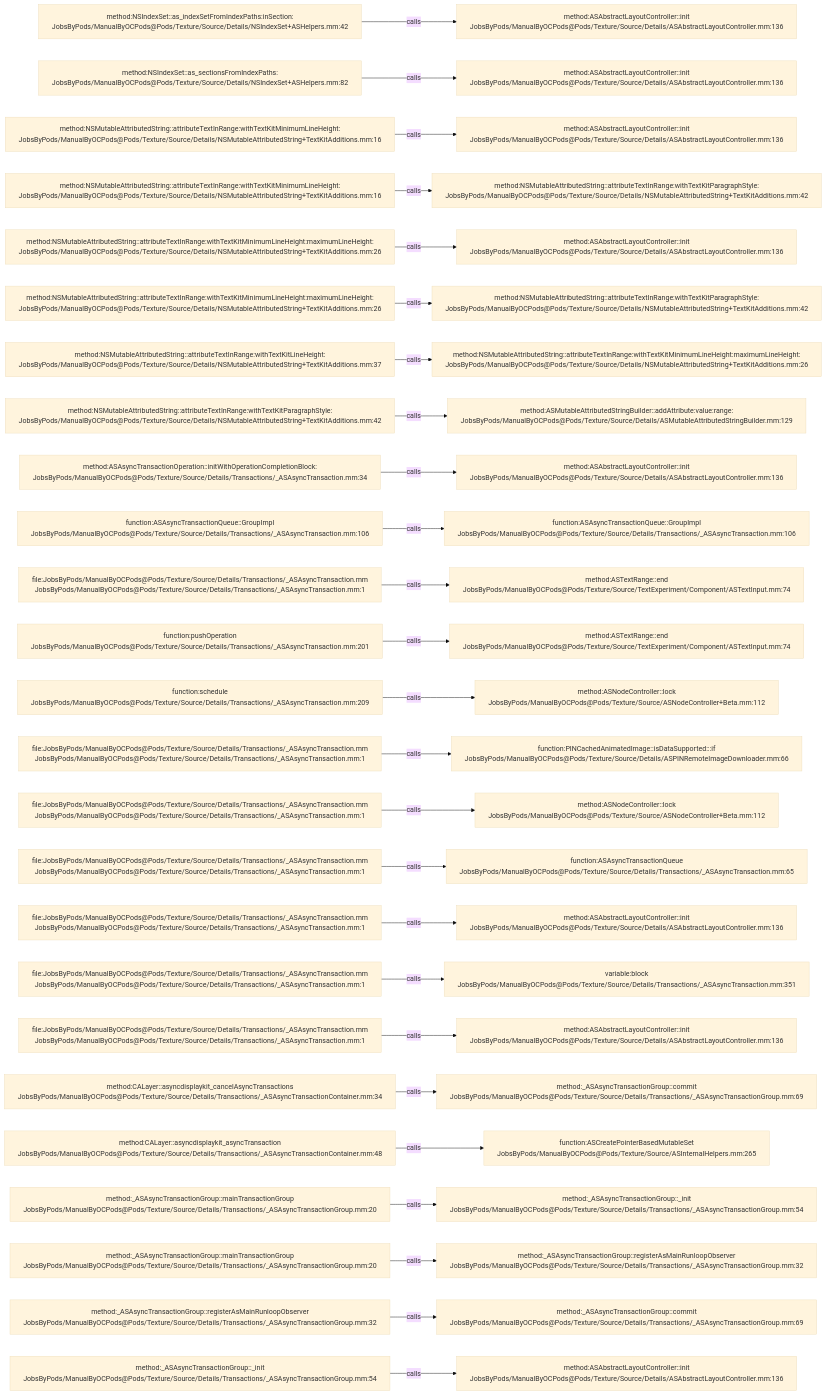
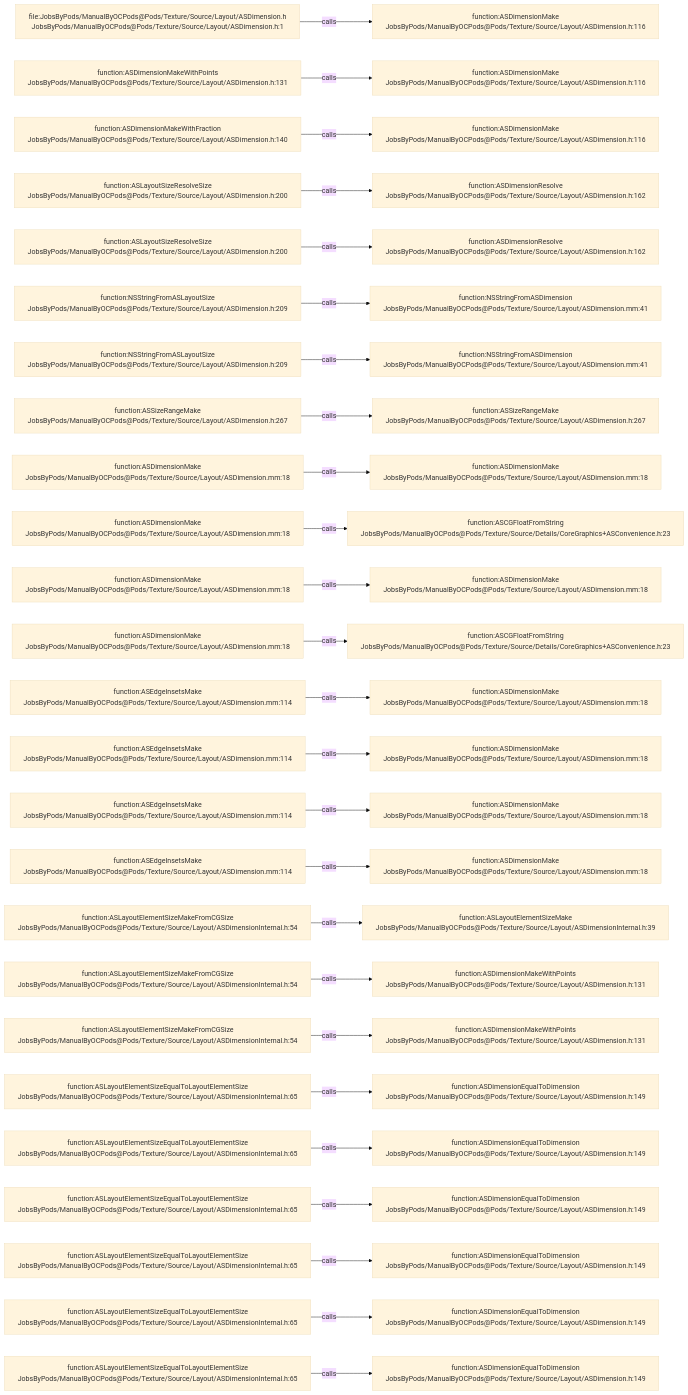
One commit to JobsKits/JobsOCBaseConfigDemo changed the diagram in .codegraph/codegraph.md/graphs/calls-160.md. Above: the diagram before and after it, drawn with Mermaid (base theme). The commit also changed 2723 other files, not shown here.

````diff
--- a/.codegraph/codegraph.md/graphs/calls-160.md
+++ b/.codegraph/codegraph.md/graphs/calls-160.md
@@ -13,78 +13,78 @@
 ```mermaid
 flowchart LR
-  S1["method:NSIndexSet::as_indexSetFromIndexPaths:inSection:<br/>JobsByPods/ManualByOCPods@Pods/Texture/Source/Details/NSIndexSet+ASHelpers.mm:42"]
-  T1["method:ASAbstractLayoutController::init<br/>JobsByPods/ManualByOCPods@Pods/Texture/Source/Details/ASAbstractLayoutController.mm:136"]
+  S1["file:JobsByPods/ManualByOCPods@Pods/Texture/Source/Layout/ASDimension.h<br/>JobsByPods/ManualByOCPods@Pods/Texture/Source/Layout/ASDimension.h:1"]
+  T1["function:ASDimensionMake<br/>JobsByPods/ManualByOCPods@Pods/Texture/Source/Layout/ASDimension.h:116"]
   S1 -->|calls| T1
-  S2["method:NSIndexSet::as_sectionsFromIndexPaths:<br/>JobsByPods/ManualByOCPods@Pods/Texture/Source/Details/NSIndexSet+ASHelpers.mm:82"]
-  T2["method:ASAbstractLayoutController::init<br/>JobsByPods/ManualByOCPods@Pods/Texture/Source/Details/ASAbstractLayoutController.mm:136"]
+  S2["function:ASDimensionMakeWithPoints<br/>JobsByPods/ManualByOCPods@Pods/Texture/Source/Layout/ASDimension.h:131"]
+  T2["function:ASDimensionMake<br/>JobsByPods/ManualByOCPods@Pods/Texture/Source/Layout/ASDimension.h:116"]
   S2 -->|calls| T2
-  S3["method:NSMutableAttributedString::attributeTextInRange:withTextKitMinimumLineHeight:<br/>JobsByPods/ManualByOCPods@Pods/Texture/Source/Details/NSMutableAttributedString+TextKitAdditions.mm:16"]
-  T3["method:ASAbstractLayoutController::init<br/>JobsByPods/ManualByOCPods@Pods/Texture/Source/Details/ASAbstractLayoutController.mm:136"]
+  S3["function:ASDimensionMakeWithFraction<br/>JobsByPods/ManualByOCPods@Pods/Texture/Source/Layout/ASDimension.h:140"]
+  T3["function:ASDimensionMake<br/>JobsByPods/ManualByOCPods@Pods/Texture/Source/Layout/ASDimension.h:116"]
   S3 -->|calls| T3
-  S4["method:NSMutableAttributedString::attributeTextInRange:withTextKitMinimumLineHeight:<br/>JobsByPods/ManualByOCPods@Pods/Texture/Source/Details/NSMutableAttributedString+TextKitAdditions.mm:16"]
-  T4["method:NSMutableAttributedString::attributeTextInRange:withTextKitParagraphStyle:<br/>JobsByPods/ManualByOCPods@Pods/Texture/Source/Details/NSMutableAttributedString+TextKitAdditions.mm:42"]
+  S4["function:ASLayoutSizeResolveSize<br/>JobsByPods/ManualByOCPods@Pods/Texture/Source/Layout/ASDimension.h:200"]
+  T4["function:ASDimensionResolve<br/>JobsByPods/ManualByOCPods@Pods/Texture/Source/Layout/ASDimension.h:162"]
   S4 -->|calls| T4
-  S5["method:NSMutableAttributedString::attributeTextInRange:withTextKitMinimumLineHeight:maximumLineHeight:<br/>JobsByPods/ManualByOCPods@Pods/Texture/Source/Details/NSMutableAttributedString+TextKitAdditions.mm:26"]
-  T5["method:ASAbstractLayoutController::init<br/>JobsByPods/ManualByOCPods@Pods/Texture/Source/Details/ASAbstractLayoutController.mm:136"]
+  S5["function:ASLayoutSizeResolveSize<br/>JobsByPods/ManualByOCPods@Pods/Texture/Source/Layout/ASDimension.h:200"]
+  T5["function:ASDimensionResolve<br/>JobsByPods/ManualByOCPods@Pods/Texture/Source/Layout/ASDimension.h:162"]
   S5 -->|calls| T5
-  S6["method:NSMutableAttributedString::attributeTextInRange:withTextKitMinimumLineHeight:maximumLineHeight:<br/>JobsByPods/ManualByOCPods@Pods/Texture/Source/Details/NSMutableAttributedString+TextKitAdditions.mm:26"]
-  T6["method:NSMutableAttributedString::attributeTextInRange:withTextKitParagraphStyle:<br/>JobsByPods/ManualByOCPods@Pods/Texture/Source/Details/NSMutableAttributedString+TextKitAdditions.mm:42"]
+  S6["function:NSStringFromASLayoutSize<br/>JobsByPods/ManualByOCPods@Pods/Texture/Source/Layout/ASDimension.h:209"]
+  T6["function:NSStringFromASDimension<br/>JobsByPods/ManualByOCPods@Pods/Texture/Source/Layout/ASDimension.mm:41"]
   S6 -->|calls| T6
-  S7["method:NSMutableAttributedString::attributeTextInRange:withTextKitLineHeight:<br/>JobsByPods/ManualByOCPods@Pods/Texture/Source/Details/NSMutableAttributedString+TextKitAdditions.mm:37"]
-  T7["method:NSMutableAttributedString::attributeTextInRange:withTextKitMinimumLineHeight:maximumLineHeight:<br/>JobsByPods/ManualByOCPods@Pods/Texture/Source/Details/NSMutableAttributedString+TextKitAdditions.mm:26"]
+  S7["function:NSStringFromASLayoutSize<br/>JobsByPods/ManualByOCPods@Pods/Texture/Source/Layout/ASDimension.h:209"]
+  T7["function:NSStringFromASDimension<br/>JobsByPods/ManualByOCPods@Pods/Texture/Source/Layout/ASDimension.mm:41"]
   S7 -->|calls| T7
-  S8["method:NSMutableAttributedString::attributeTextInRange:withTextKitParagraphStyle:<br/>JobsByPods/ManualByOCPods@Pods/Texture/Source/Details/NSMutableAttributedString+TextKitAdditions.mm:42"]
-  T8["method:ASMutableAttributedStringBuilder::addAttribute:value:range:<br/>JobsByPods/ManualByOCPods@Pods/Texture/Source/Details/ASMutableAttributedStringBuilder.mm:129"]
+  S8["function:ASSizeRangeMake<br/>JobsByPods/ManualByOCPods@Pods/Texture/Source/Layout/ASDimension.h:267"]
+  T8["function:ASSizeRangeMake<br/>JobsByPods/ManualByOCPods@Pods/Texture/Source/Layout/ASDimension.h:267"]
   S8 -->|calls| T8
-  S9["method:ASAsyncTransactionOperation::initWithOperationCompletionBlock:<br/>JobsByPods/ManualByOCPods@Pods/Texture/Source/Details/Transactions/_ASAsyncTransaction.mm:34"]
-  T9["method:ASAbstractLayoutController::init<br/>JobsByPods/ManualByOCPods@Pods/Texture/Source/Details/ASAbstractLayoutController.mm:136"]
+  S9["function:ASDimensionMake<br/>JobsByPods/ManualByOCPods@Pods/Texture/Source/Layout/ASDimension.mm:18"]
+  T9["function:ASDimensionMake<br/>JobsByPods/ManualByOCPods@Pods/Texture/Source/Layout/ASDimension.mm:18"]
   S9 -->|calls| T9
-  S10["function:ASAsyncTransactionQueue::GroupImpl<br/>JobsByPods/ManualByOCPods@Pods/Texture/Source/Details/Transactions/_ASAsyncTransaction.mm:106"]
-  T10["function:ASAsyncTransactionQueue::GroupImpl<br/>JobsByPods/ManualByOCPods@Pods/Texture/Source/Details/Transactions/_ASAsyncTransaction.mm:106"]
+  S10["function:ASDimensionMake<br/>JobsByPods/ManualByOCPods@Pods/Texture/Source/Layout/ASDimension.mm:18"]
+  T10["function:ASCGFloatFromString<br/>JobsByPods/ManualByOCPods@Pods/Texture/Source/Details/CoreGraphics+ASConvenience.h:23"]
   S10 -->|calls| T10
-  S11["file:JobsByPods/ManualByOCPods@Pods/Texture/Source/Details/Transactions/_ASAsyncTransaction.mm<br/>JobsByPods/ManualByOCPods@Pods/Texture/Source/Details/Transactions/_ASAsyncTransaction.mm:1"]
-  T11["method:ASTextRange::end<br/>JobsByPods/ManualByOCPods@Pods/Texture/Source/TextExperiment/Component/ASTextInput.mm:74"]
+  S11["function:ASDimensionMake<br/>JobsByPods/ManualByOCPods@Pods/Texture/Source/Layout/ASDimension.mm:18"]
+  T11["function:ASDimensionMake<br/>JobsByPods/ManualByOCPods@Pods/Texture/Source/Layout/ASDimension.mm:18"]
   S11 -->|calls| T11
-  S12["function:pushOperation<br/>JobsByPods/ManualByOCPods@Pods/Texture/Source/Details/Transactions/_ASAsyncTransaction.mm:201"]
-  T12["method:ASTextRange::end<br/>JobsByPods/ManualByOCPods@Pods/Texture/Source/TextExperiment/Component/ASTextInput.mm:74"]
+  S12["function:ASDimensionMake<br/>JobsByPods/ManualByOCPods@Pods/Texture/Source/Layout/ASDimension.mm:18"]
+  T12["function:ASCGFloatFromString<br/>JobsByPods/ManualByOCPods@Pods/Texture/Source/Details/CoreGraphics+ASConvenience.h:23"]
   S12 -->|calls| T12
-  S13["function:schedule<br/>JobsByPods/ManualByOCPods@Pods/Texture/Source/Details/Transactions/_ASAsyncTransaction.mm:209"]
-  T13["method:ASNodeController::lock<br/>JobsByPods/ManualByOCPods@Pods/Texture/Source/ASNodeController+Beta.mm:112"]
+  S13["function:ASEdgeInsetsMake<br/>JobsByPods/ManualByOCPods@Pods/Texture/Source/Layout/ASDimension.mm:114"]
+  T13["function:ASDimensionMake<br/>JobsByPods/ManualByOCPods@Pods/Texture/Source/Layout/ASDimension.mm:18"]
   S13 -->|calls| T13
-  S14["file:JobsByPods/ManualByOCPods@Pods/Texture/Source/Details/Transactions/_ASAsyncTransaction.mm<br/>JobsByPods/ManualByOCPods@Pods/Texture/Source/Details/Transactions/_ASAsyncTransaction.mm:1"]
-  T14["function:PINCachedAnimatedImage::isDataSupported:::if<br/>JobsByPods/ManualByOCPods@Pods/Texture/Source/Details/ASPINRemoteImageDownloader.mm:66"]
+  S14["function:ASEdgeInsetsMake<br/>JobsByPods/ManualByOCPods@Pods/Texture/Source/Layout/ASDimension.mm:114"]
+  T14["function:ASDimensionMake<br/>JobsByPods/ManualByOCPods@Pods/Texture/Source/Layout/ASDimension.mm:18"]
   S14 -->|calls| T14
-  S15["file:JobsByPods/ManualByOCPods@Pods/Texture/Source/Details/Transactions/_ASAsyncTransaction.mm<br/>JobsByPods/ManualByOCPods@Pods/Texture/Source/Details/Transactions/_ASAsyncTransaction.mm:1"]
-  T15["method:ASNodeController::lock<br/>JobsByPods/ManualByOCPods@Pods/Texture/Source/ASNodeController+Beta.mm:112"]
+  S15["function:ASEdgeInsetsMake<br/>JobsByPods/ManualByOCPods@Pods/Texture/Source/Layout/ASDimension.mm:114"]
+  T15["function:ASDimensionMake<br/>JobsByPods/ManualByOCPods@Pods/Texture/Source/Layout/ASDimension.mm:18"]
   S15 -->|calls| T15
-  S16["file:JobsByPods/ManualByOCPods@Pods/Texture/Source/Details/Transactions/_ASAsyncTransaction.mm<br/>JobsByPods/ManualByOCPods@Pods/Texture/Source/Details/Transactions/_ASAsyncTransaction.mm:1"]
-  T16["function:ASAsyncTransactionQueue<br/>JobsByPods/ManualByOCPods@Pods/Texture/Source/Details/Transactions/_ASAsyncTransaction.mm:65"]
+  S16["function:ASEdgeInsetsMake<br/>JobsByPods/ManualByOCPods@Pods/Texture/Source/Layout/ASDimension.mm:114"]
+  T16["function:ASDimensionMake<br/>JobsByPods/ManualByOCPods@Pods/Texture/Source/Layout/ASDimension.mm:18"]
   S16 -->|calls| T16
-  S17["file:JobsByPods/ManualByOCPods@Pods/Texture/Source/Details/Transactions/_ASAsyncTransaction.mm<br/>JobsByPods/ManualByOCPods@Pods/Texture/Source/Details/Transactions/_ASAsyncTransaction.mm:1"]
-  T17["method:ASAbstractLayoutController::init<br/>JobsByPods/ManualByOCPods@Pods/Texture/Source/Details/ASAbstractLayoutController.mm:136"]
+  S17["function:ASLayoutElementSizeMakeFromCGSize<br/>JobsByPods/ManualByOCPods@Pods/Texture/Source/Layout/ASDimensionInternal.h:54"]
+  T17["function:ASLayoutElementSizeMake<br/>JobsByPods/ManualByOCPods@Pods/Texture/Source/Layout/ASDimensionInternal.h:39"]
   S17 -->|calls| T17
-  S18["file:JobsByPods/ManualByOCPods@Pods/Texture/Source/Details/Transactions/_ASAsyncTransaction.mm<br/>JobsByPods/ManualByOCPods@Pods/Texture/Source/Details/Transactions/_ASAsyncTransaction.mm:1"]
-  T18["variable:block<br/>JobsByPods/ManualByOCPods@Pods/Texture/Source/Details/Transactions/_ASAsyncTransaction.mm:351"]
+  S18["function:ASLayoutElementSizeMakeFromCGSize<br/>JobsByPods/ManualByOCPods@Pods/Texture/Source/Layout/ASDimensionInternal.h:54"]
+  T18["function:ASDimensionMakeWithPoints<br/>JobsByPods/ManualByOCPods@Pods/Texture/Source/Layout/ASDimension.h:131"]
   S18 -->|calls| T18
-  S19["file:JobsByPods/ManualByOCPods@Pods/Texture/Source/Details/Transactions/_ASAsyncTransaction.mm<br/>JobsByPods/ManualByOCPods@Pods/Texture/Source/Details/Transactions/_ASAsyncTransaction.mm:1"]
-  T19["method:ASAbstractLayoutController::init<br/>JobsByPods/ManualByOCPods@Pods/Texture/Source/Details/ASAbstractLayoutController.mm:136"]
+  S19["function:ASLayoutElementSizeMakeFromCGSize<br/>JobsByPods/ManualByOCPods@Pods/Texture/Source/Layout/ASDimensionInternal.h:54"]
+  T19["function:ASDimensionMakeWithPoints<br/>JobsByPods/ManualByOCPods@Pods/Texture/Source/Layout/ASDimension.h:131"]
   S19 -->|calls| T19
-  S20["method:CALayer::asyncdisplaykit_cancelAsyncTransactions<br/>JobsByPods/ManualByOCPods@Pods/Texture/Source/Details/Transactions/_ASAsyncTransactionContainer.mm:34"]
-  T20["method:_ASAsyncTransactionGroup::commit<br/>JobsByPods/ManualByOCPods@Pods/Texture/Source/Details/Transactions/_ASAsyncTransactionGroup.mm:69"]
+  S20["function:ASLayoutElementSizeEqualToLayoutElementSize<br/>JobsByPods/ManualByOCPods@Pods/Texture/Source/Layout/ASDimensionInternal.h:65"]
+  T20["function:ASDimensionEqualToDimension<br/>JobsByPods/ManualByOCPods@Pods/Texture/Source/Layout/ASDimension.h:149"]
   S20 -->|calls| T20
-  S21["method:CALayer::asyncdisplaykit_asyncTransaction<br/>JobsByPods/ManualByOCPods@Pods/Texture/Source/Details/Transactions/_ASAsyncTransactionContainer.mm:48"]
-  T21["function:ASCreatePointerBasedMutableSet<br/>JobsByPods/ManualByOCPods@Pods/Texture/Source/ASInternalHelpers.mm:265"]
+  S21["function:ASLayoutElementSizeEqualToLayoutElementSize<br/>JobsByPods/ManualByOCPods@Pods/Texture/Source/Layout/ASDimensionInternal.h:65"]
+  T21["function:ASDimensionEqualToDimension<br/>JobsByPods/ManualByOCPods@Pods/Texture/Source/Layout/ASDimension.h:149"]
   S21 -->|calls| T21
-  S22["method:_ASAsyncTransactionGroup::mainTransactionGroup<br/>JobsByPods/ManualByOCPods@Pods/Texture/Source/Details/Transactions/_ASAsyncTransactionGroup.mm:20"]
-  T22["method:_ASAsyncTransactionGroup::_init<br/>JobsByPods/ManualByOCPods@Pods/Texture/Source/Details/Transactions/_ASAsyncTransactionGroup.mm:54"]
+  S22["function:ASLayoutElementSizeEqualToLayoutElementSize<br/>JobsByPods/ManualByOCPods@Pods/Texture/Source/Layout/ASDimensionInternal.h:65"]
+  T22["function:ASDimensionEqualToDimension<br/>JobsByPods/ManualByOCPods@Pods/Texture/Source/Layout/ASDimension.h:149"]
   S22 -->|calls| T22
-  S23["method:_ASAsyncTransactionGroup::mainTransactionGroup<br/>JobsByPods/ManualByOCPods@Pods/Texture/Source/Details/Transactions/_ASAsyncTransactionGroup.mm:20"]
-  T23["method:_ASAsyncTransactionGroup::registerAsMainRunloopObserver<br/>JobsByPods/ManualByOCPods@Pods/Texture/Source/Details/Transactions/_ASAsyncTransactionGroup.mm:32"]
+  S23["function:ASLayoutElementSizeEqualToLayoutElementSize<br/>JobsByPods/ManualByOCPods@Pods/Texture/Source/Layout/ASDimensionInternal.h:65"]
+  T23["function:ASDimensionEqualToDimension<br/>JobsByPods/ManualByOCPods@Pods/Texture/Source/Layout/ASDimension.h:149"]
   S23 -->|calls| T23
-  S24["method:_ASAsyncTransactionGroup::registerAsMainRunloopObserver<br/>JobsByPods/ManualByOCPods@Pods/Texture/Source/Details/Transactions/_ASAsyncTransactionGroup.mm:32"]
-  T24["method:_ASAsyncTransactionGroup::commit<br/>JobsByPods/ManualByOCPods@Pods/Texture/Source/Details/Transactions/_ASAsyncTransactionGroup.mm:69"]
+  S24["function:ASLayoutElementSizeEqualToLayoutElementSize<br/>JobsByPods/ManualByOCPods@Pods/Texture/Source/Layout/ASDimensionInternal.h:65"]
+  T24["function:ASDimensionEqualToDimension<br/>JobsByPods/ManualByOCPods@Pods/Texture/Source/Layout/ASDimension.h:149"]
   S24 -->|calls| T24
-  S25["method:_ASAsyncTransactionGroup::_init<br/>JobsByPods/ManualByOCPods@Pods/Texture/Source/Details/Transactions/_ASAsyncTransactionGroup.mm:54"]
-  T25["method:ASAbstractLayoutController::init<br/>JobsByPods/ManualByOCPods@Pods/Texture/Source/Details/ASAbstractLayoutController.mm:136"]
+  S25["function:ASLayoutElementSizeEqualToLayoutElementSize<br/>JobsByPods/ManualByOCPods@Pods/Texture/Source/Layout/ASDimensionInternal.h:65"]
+  T25["function:ASDimensionEqualToDimension<br/>JobsByPods/ManualByOCPods@Pods/Texture/Source/Layout/ASDimension.h:149"]
   S25 -->|calls| T25
 ```
````
